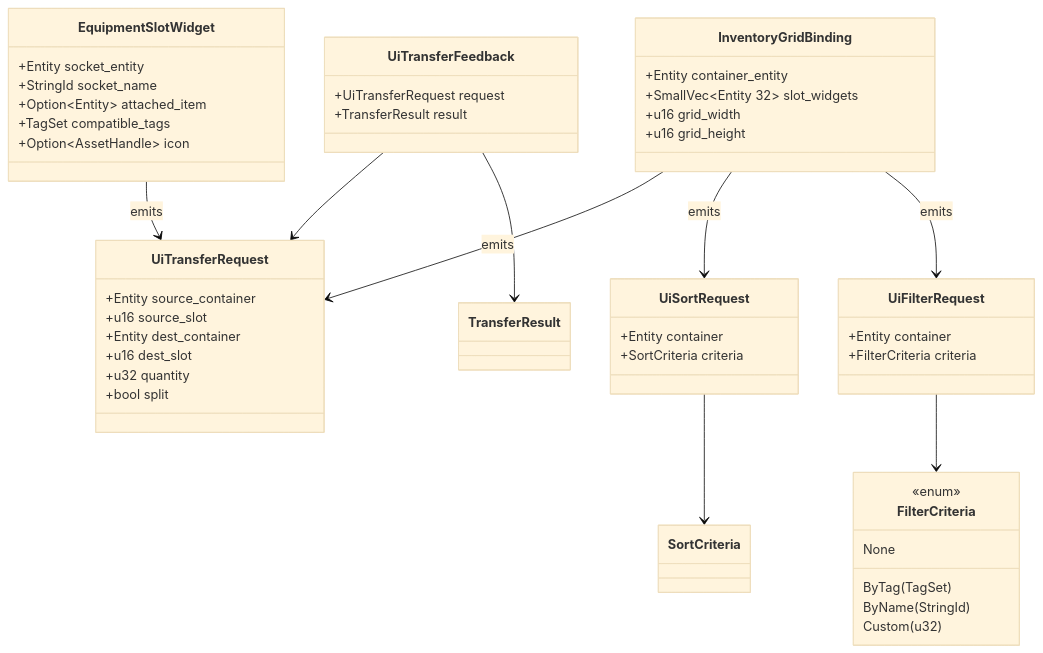
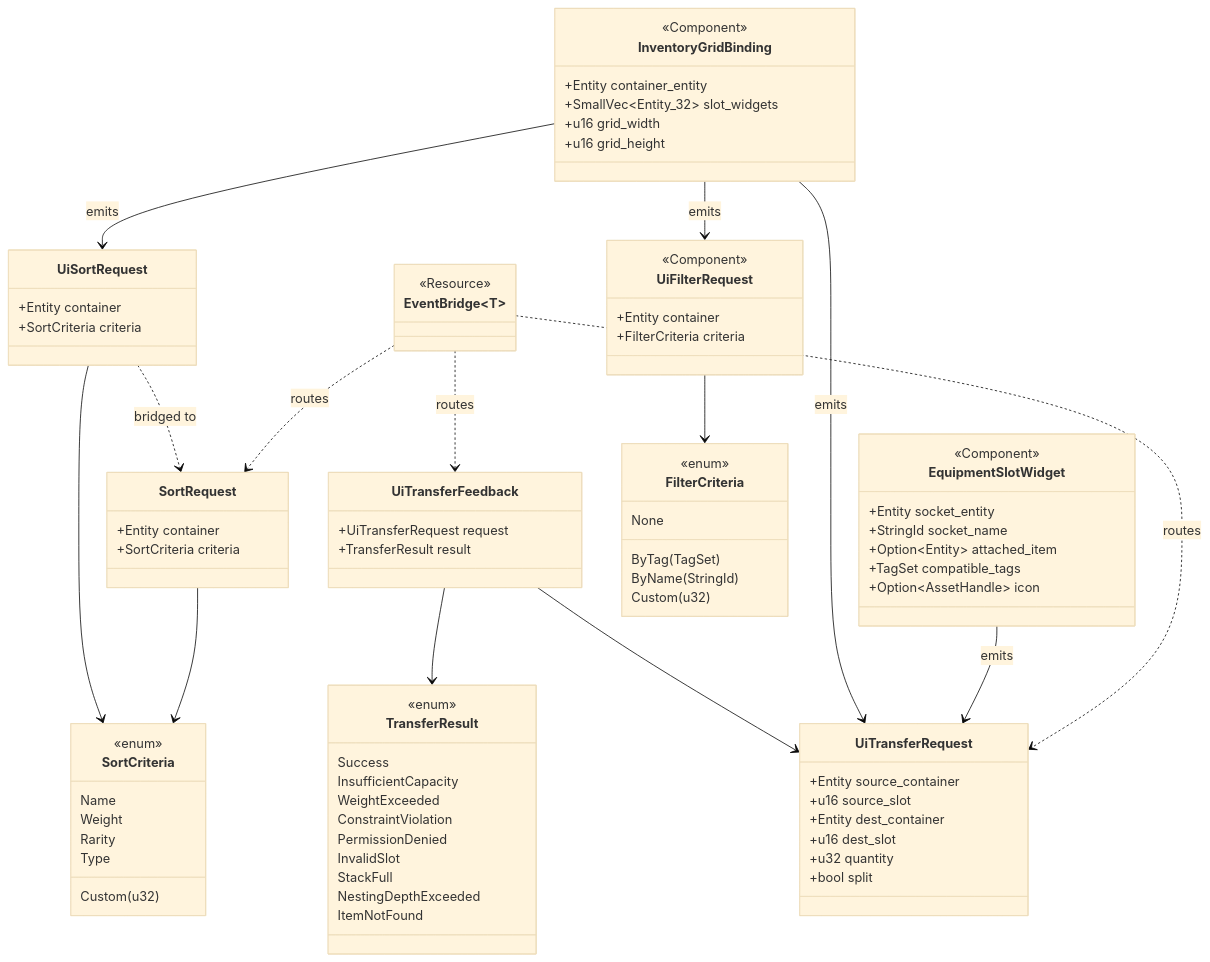
Before and after one commit to harmonius-dev/harmonius: the second of 3 diagrams in docs/design/integration/containers-slots-ui.md, drawn with Mermaid (base theme). The commit also changed other lines of this file and 109 other files, not shown here.

````diff
--- a/docs/design/integration/containers-slots-ui.md
+++ b/docs/design/integration/containers-slots-ui.md
@@ -145,8 +287,9 @@
 ```mermaid
 classDiagram
     class InventoryGridBinding {
+        <<Component>>
         +Entity container_entity
-        +SmallVec~Entity 32~ slot_widgets
+        +SmallVec~Entity_32~ slot_widgets
         +u16 grid_width
         +u16 grid_height
     }
@@ -163,6 +306,7 @@
         +TransferResult result
     }
     class EquipmentSlotWidget {
+        <<Component>>
         +Entity socket_entity
         +StringId socket_name
         +Option~Entity~ attached_item
@@ -170,6 +314,10 @@
         +Option~AssetHandle~ icon
     }
     class UiSortRequest {
+        +Entity container
+        +SortCriteria criteria
+    }
+    class SortRequest {
         +Entity container
         +SortCriteria criteria
     }
@@ -181,16 +329,45 @@
         Custom(u32)
     }
     class UiFilterRequest {
+        <<Component>>
         +Entity container
         +FilterCriteria criteria
+    }
+    class TransferResult {
+        <<enum>>
+        Success
+        InsufficientCapacity
+        WeightExceeded
+        ConstraintViolation
+        PermissionDenied
+        InvalidSlot
+        StackFull
+        NestingDepthExceeded
+        ItemNotFound
+    }
+    class SortCriteria {
+        <<enum>>
+        Name
+        Weight
+        Rarity
+        Type
+        Custom(u32)
+    }
+    class EventBridge~T~ {
+        <<Resource>>
     }
 
     UiTransferFeedback --> UiTransferRequest
     UiTransferFeedback --> TransferResult
     UiSortRequest --> SortCriteria
+    UiSortRequest ..> SortRequest : bridged to
+    SortRequest --> SortCriteria
     UiFilterRequest --> FilterCriteria
     InventoryGridBinding --> UiTransferRequest : emits
     InventoryGridBinding --> UiSortRequest : emits
     InventoryGridBinding --> UiFilterRequest : emits
     EquipmentSlotWidget --> UiTransferRequest : emits
+    EventBridge~T~ ..> UiTransferRequest : routes
+    EventBridge~T~ ..> UiTransferFeedback : routes
+    EventBridge~T~ ..> SortRequest : routes
 ```
````
